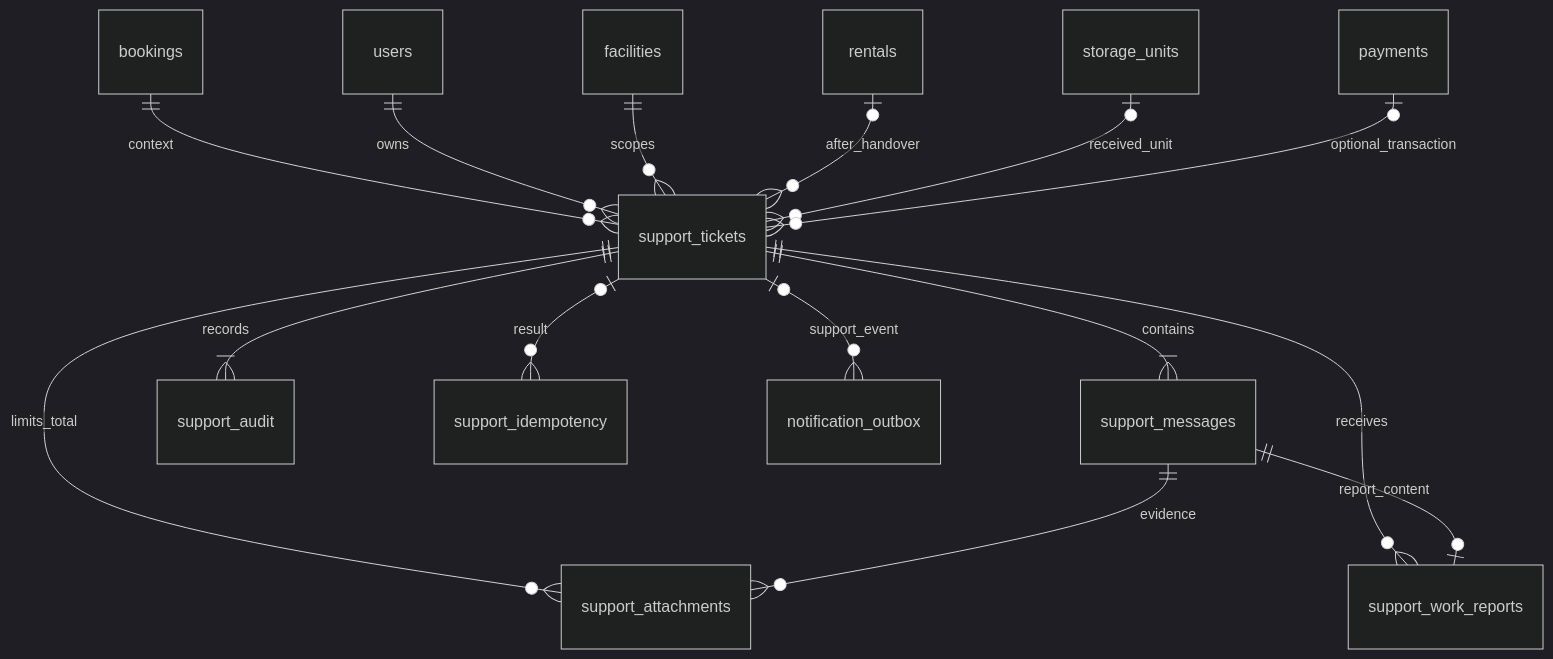
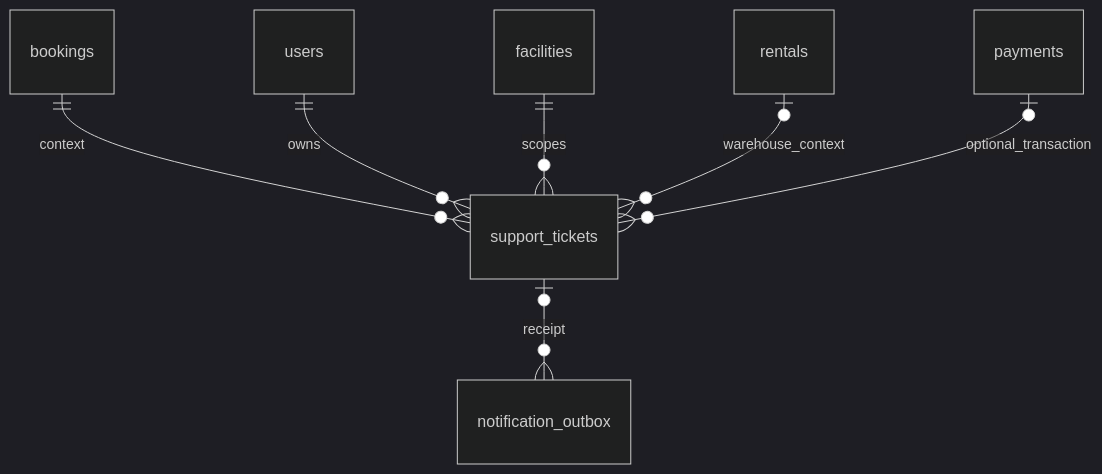
One commit to vlnguyen910/meta-storage changed the second of 2 diagrams in docs/db-diagram.md. Above: the diagram before and after it, drawn with Mermaid (dark theme). The commit also changed other lines of this file and 27 other files, not shown here.

````diff
--- a/docs/db-diagram.md
+++ b/docs/db-diagram.md
@@ -1100,17 +1063,9 @@
 ```mermaid
 erDiagram
   bookings ||--o{ support_tickets : context
   users ||--o{ support_tickets : owns
   facilities ||--o{ support_tickets : scopes
-  rentals o|--o{ support_tickets : after_handover
-  storage_units o|--o{ support_tickets : received_unit
+  rentals o|--o{ support_tickets : warehouse_context
   payments o|--o{ support_tickets : optional_transaction
-  support_tickets ||--|{ support_messages : contains
-  support_tickets ||--o{ support_attachments : limits_total
-  support_messages ||--o{ support_attachments : evidence
-  support_tickets ||--o{ support_work_reports : receives
-  support_messages ||--o| support_work_reports : report_content
-  support_tickets ||--|{ support_audit : records
-  support_tickets o|--o{ support_idempotency : result
-  support_tickets o|--o{ notification_outbox : support_event
+  support_tickets o|--o{ notification_outbox : receipt
 ```
````
